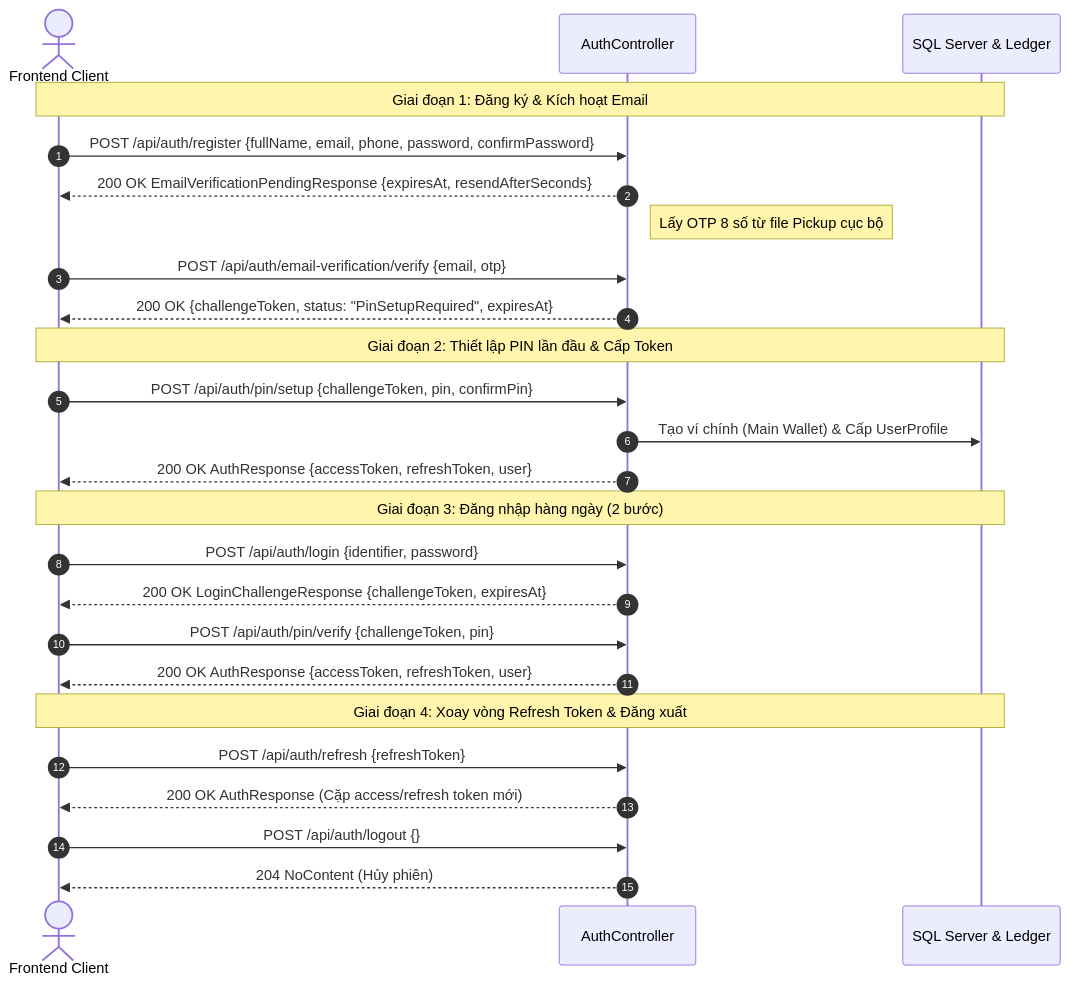
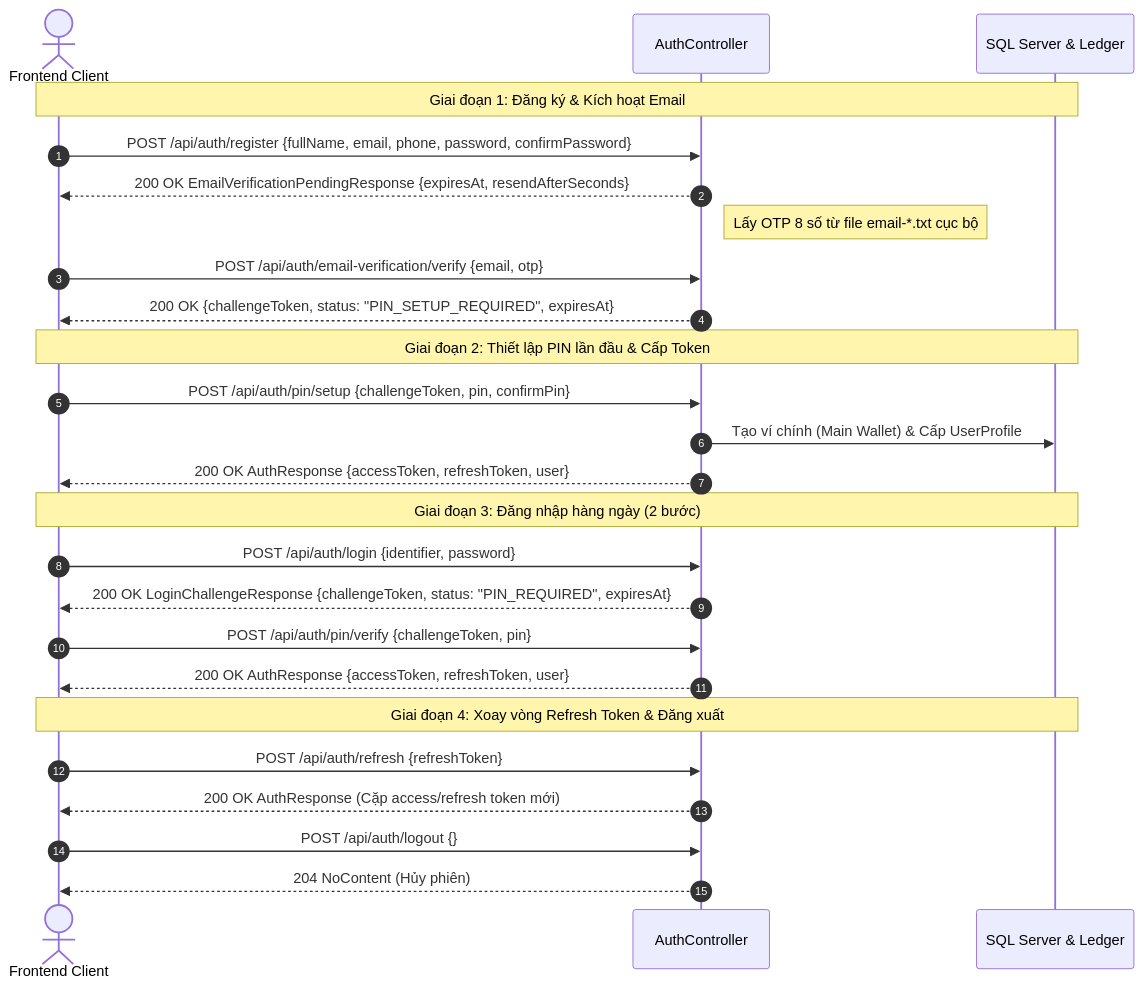
The diagram in docs/CODEX-GG-AI-STUDIO-BACKEND-HANDOFF.md (thien230314-bit/Spendwise), drawn with Mermaid before and after one commit. The commit also changed other lines of this file, not shown here.

Commit message:
docs(handoff): hotfix pickup file format, challenge status, and free fund payment error code

````diff
--- a/docs/CODEX-GG-AI-STUDIO-BACKEND-HANDOFF.md
+++ b/docs/CODEX-GG-AI-STUDIO-BACKEND-HANDOFF.md
@@ -85,31 +84,31 @@
 ```mermaid
 sequenceDiagram
     autonumber
     actor Client as Frontend Client
     participant Auth as AuthController
     participant DB as SQL Server & Ledger
 
     Note over Client, DB: Giai đoạn 1: Đăng ký & Kích hoạt Email
     Client->>Auth: POST /api/auth/register {fullName, email, phone, password, confirmPassword}
     Auth-->>Client: 200 OK EmailVerificationPendingResponse {expiresAt, resendAfterSeconds}
-    Note right of Auth: Lấy OTP 8 số từ file Pickup cục bộ
+    Note right of Auth: Lấy OTP 8 số từ file email-*.txt cục bộ
     Client->>Auth: POST /api/auth/email-verification/verify {email, otp}
-    Auth-->>Client: 200 OK {challengeToken, status: "PinSetupRequired", expiresAt}
+    Auth-->>Client: 200 OK {challengeToken, status: "PIN_SETUP_REQUIRED", expiresAt}
 
     Note over Client, DB: Giai đoạn 2: Thiết lập PIN lần đầu & Cấp Token
     Client->>Auth: POST /api/auth/pin/setup {challengeToken, pin, confirmPin}
     Auth->>DB: Tạo ví chính (Main Wallet) & Cấp UserProfile
     Auth-->>Client: 200 OK AuthResponse {accessToken, refreshToken, user}
 
     Note over Client, DB: Giai đoạn 3: Đăng nhập hàng ngày (2 bước)
     Client->>Auth: POST /api/auth/login {identifier, password}
-    Auth-->>Client: 200 OK LoginChallengeResponse {challengeToken, expiresAt}
+    Auth-->>Client: 200 OK LoginChallengeResponse {challengeToken, status: "PIN_REQUIRED", expiresAt}
     Client->>Auth: POST /api/auth/pin/verify {challengeToken, pin}
     Auth-->>Client: 200 OK AuthResponse {accessToken, refreshToken, user}
 
     Note over Client, DB: Giai đoạn 4: Xoay vòng Refresh Token & Đăng xuất
     Client->>Auth: POST /api/auth/refresh {refreshToken}
     Auth-->>Client: 200 OK AuthResponse (Cặp access/refresh token mới)
     Client->>Auth: POST /api/auth/logout {}
     Auth-->>Client: 204 NoContent (Hủy phiên)
 ```
````
